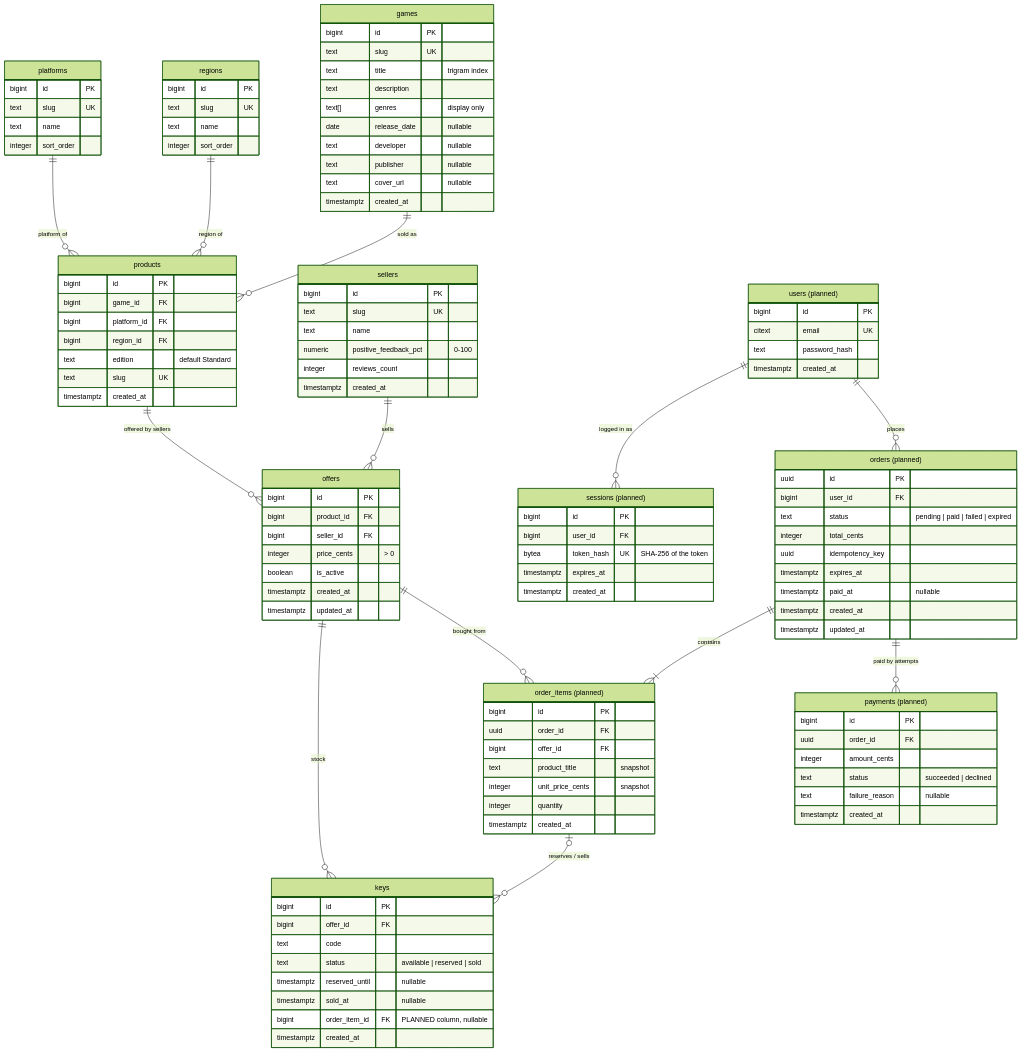
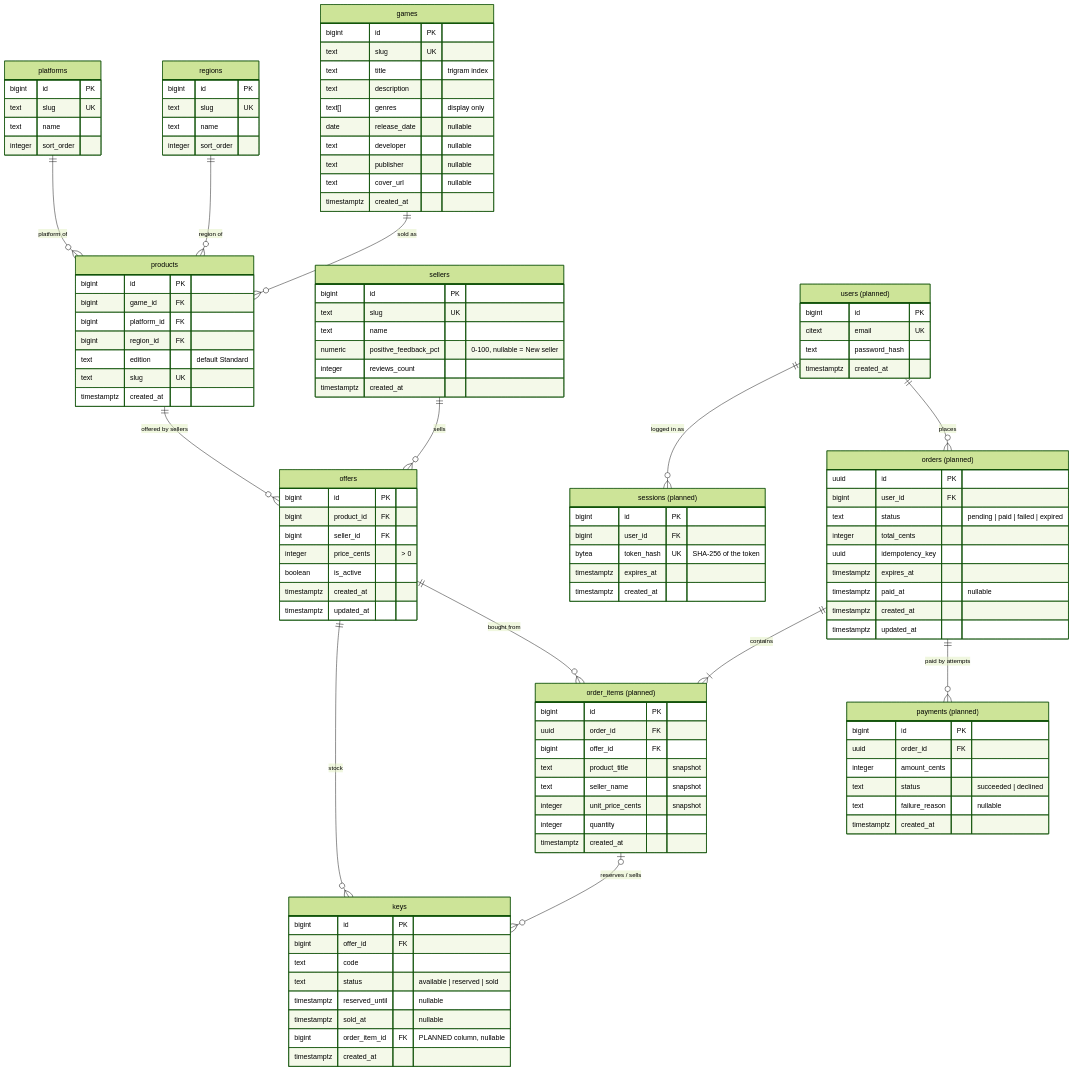
The first of 3 diagrams in docs/DATA_MODEL.md (dovydas472/ENEBA-homework), drawn with Mermaid (forest theme) before and after one commit. The commit also changed other lines of this file, not shown here.

Commit message:
DATA_MODEL: review answers (stock-aware listing price, not-blank/slug CHECKs, trigger, seller snapshot, cart in browser)

```diff
--- a/docs/DATA_MODEL.md
+++ b/docs/DATA_MODEL.md
@@ -63,7 +64,7 @@
         bigint id PK
         text slug UK
         text name
-        numeric positive_feedback_pct "0-100"
+        numeric positive_feedback_pct "0-100, nullable = New seller"
         integer reviews_count
         timestamptz created_at
     }
@@ -115,6 +116,7 @@
         uuid order_id FK
         bigint offer_id FK
         text product_title "snapshot"
+        text seller_name "snapshot"
         integer unit_price_cents "snapshot"
         integer quantity
         timestamptz created_at
```
